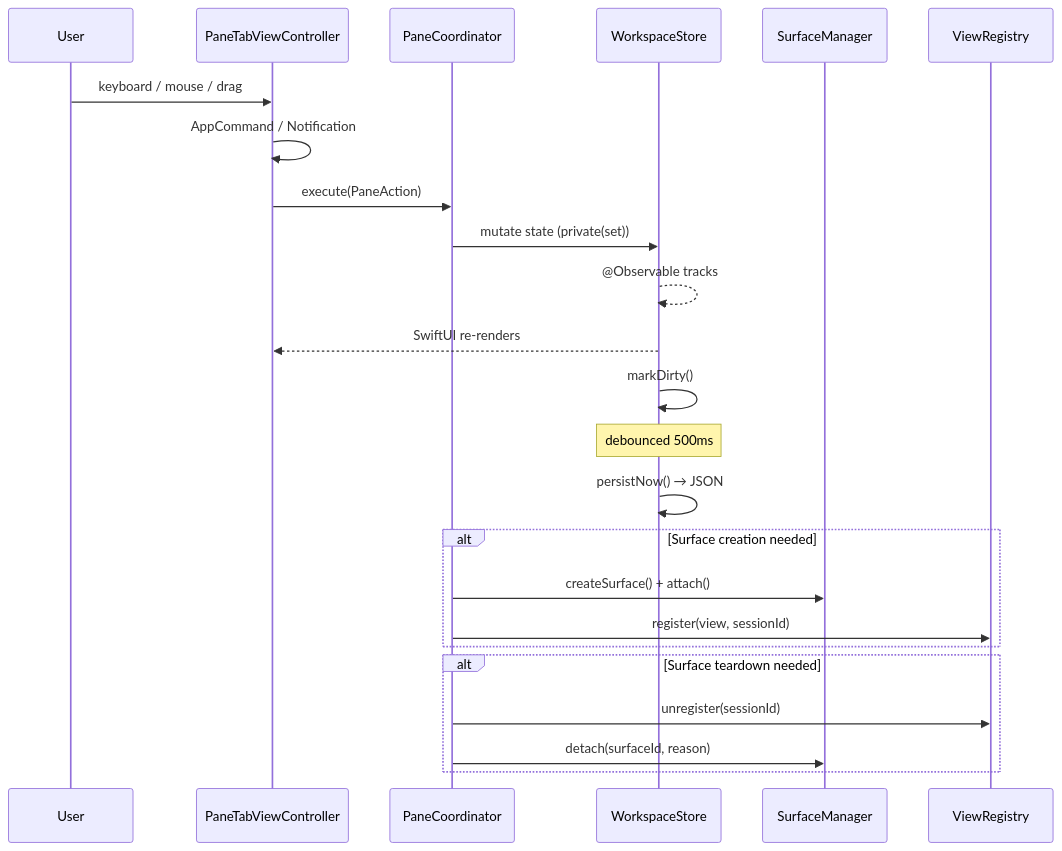
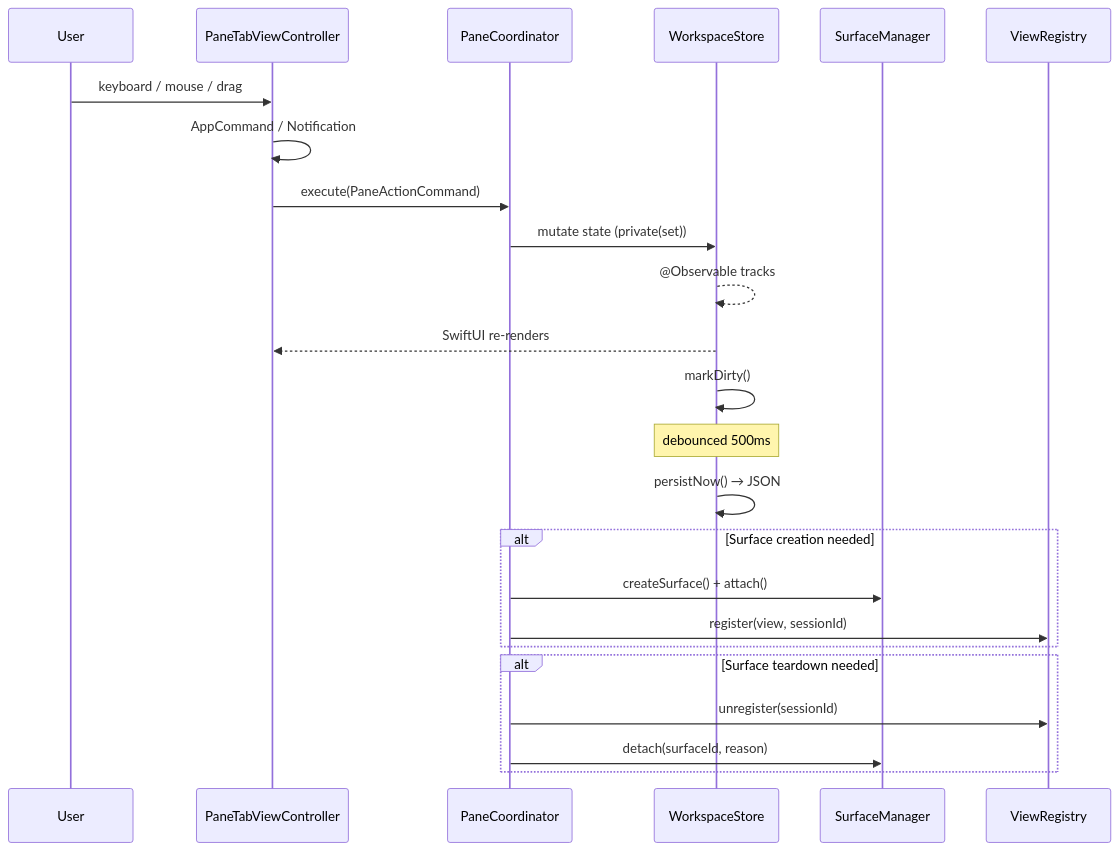
Before and after one commit to ShravanSunder/zmx: the second of 3 diagrams in docs/architecture/component_architecture.md, drawn with Mermaid. The commit also changed other lines of this file and 37 other files, not shown here.

Commit message:
refactor: rename PaneAction to PaneActionCommand

````diff
--- a/docs/architecture/component_architecture.md
+++ b/docs/architecture/component_architecture.md
@@ -635,29 +635,29 @@
 ```mermaid
 sequenceDiagram
     participant User
     participant PaneTabViewController
     participant PC as PaneCoordinator
     participant Store as WorkspaceStore
     participant SM as SurfaceManager
     participant VR as ViewRegistry
 
     User->>PaneTabViewController: keyboard / mouse / drag
     PaneTabViewController->>PaneTabViewController: AppCommand / Notification
-    PaneTabViewController->>PC: execute(PaneAction)
+    PaneTabViewController->>PC: execute(PaneActionCommand)
     PC->>Store: mutate state (private(set))
     Store-->>Store: @Observable tracks
     Store-->>PaneTabViewController: SwiftUI re-renders
     Store->>Store: markDirty()
     Note over Store: debounced 500ms
     Store->>Store: persistNow() → JSON
 
     alt Surface creation needed
         PC->>SM: createSurface() + attach()
         PC->>VR: register(view, sessionId)
     end
 
     alt Surface teardown needed
         PC->>VR: unregister(sessionId)
         PC->>SM: detach(surfaceId, reason)
     end
 ```
````
